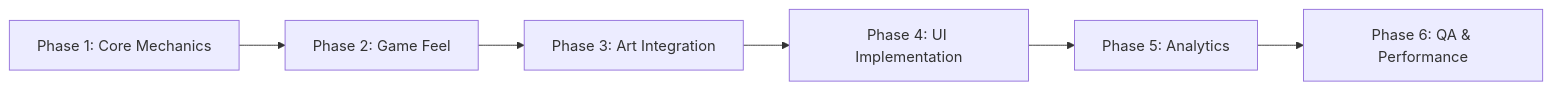
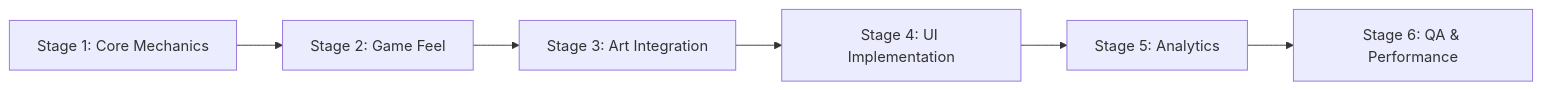
Before and after one commit to tundraray/overture: the seventh of 10 diagrams in docs/overture/gamedev-workflows.md, drawn with Mermaid. The commit also changed other lines of this file and 193 other files, not shown here.

````diff
--- a/docs/overture/gamedev-workflows.md
+++ b/docs/overture/gamedev-workflows.md
@@ -256,8 +257,8 @@
 ```mermaid
 graph LR
-    P1[Phase 1: Core Mechanics] --> P2[Phase 2: Game Feel]
-    P2 --> P3[Phase 3: Art Integration]
-    P3 --> P4[Phase 4: UI Implementation]
-    P4 --> P5[Phase 5: Analytics]
-    P5 --> P6[Phase 6: QA & Performance]
+    P1[Stage 1: Core Mechanics] --> P2[Stage 2: Game Feel]
+    P2 --> P3[Stage 3: Art Integration]
+    P3 --> P4[Stage 4: UI Implementation]
+    P4 --> P5[Stage 5: Analytics]
+    P5 --> P6[Stage 6: QA & Performance]
 ```
````
